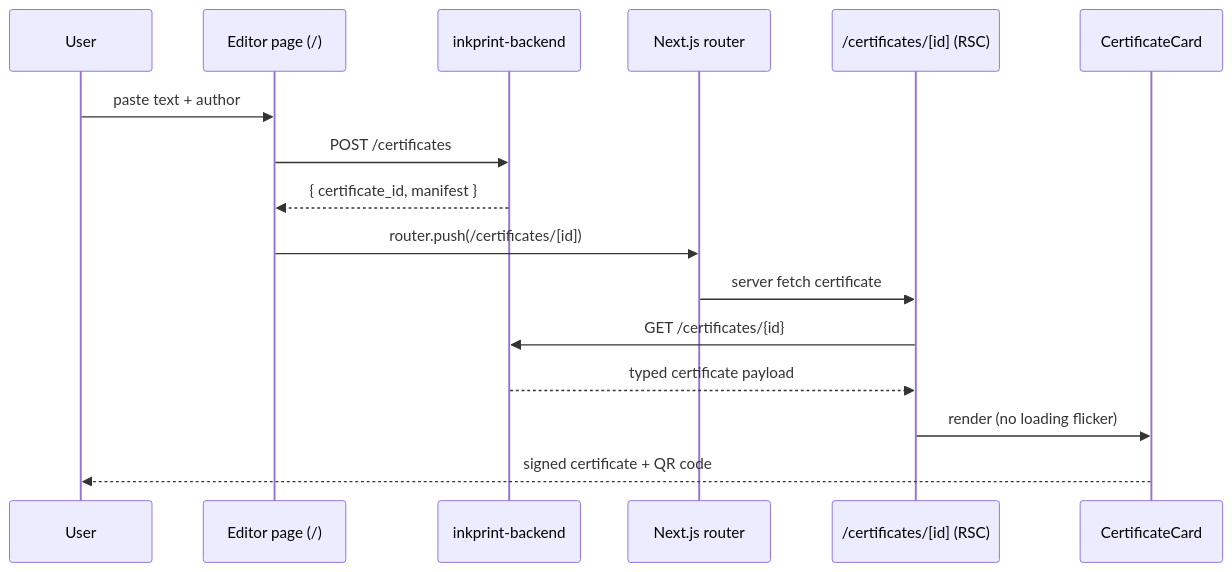
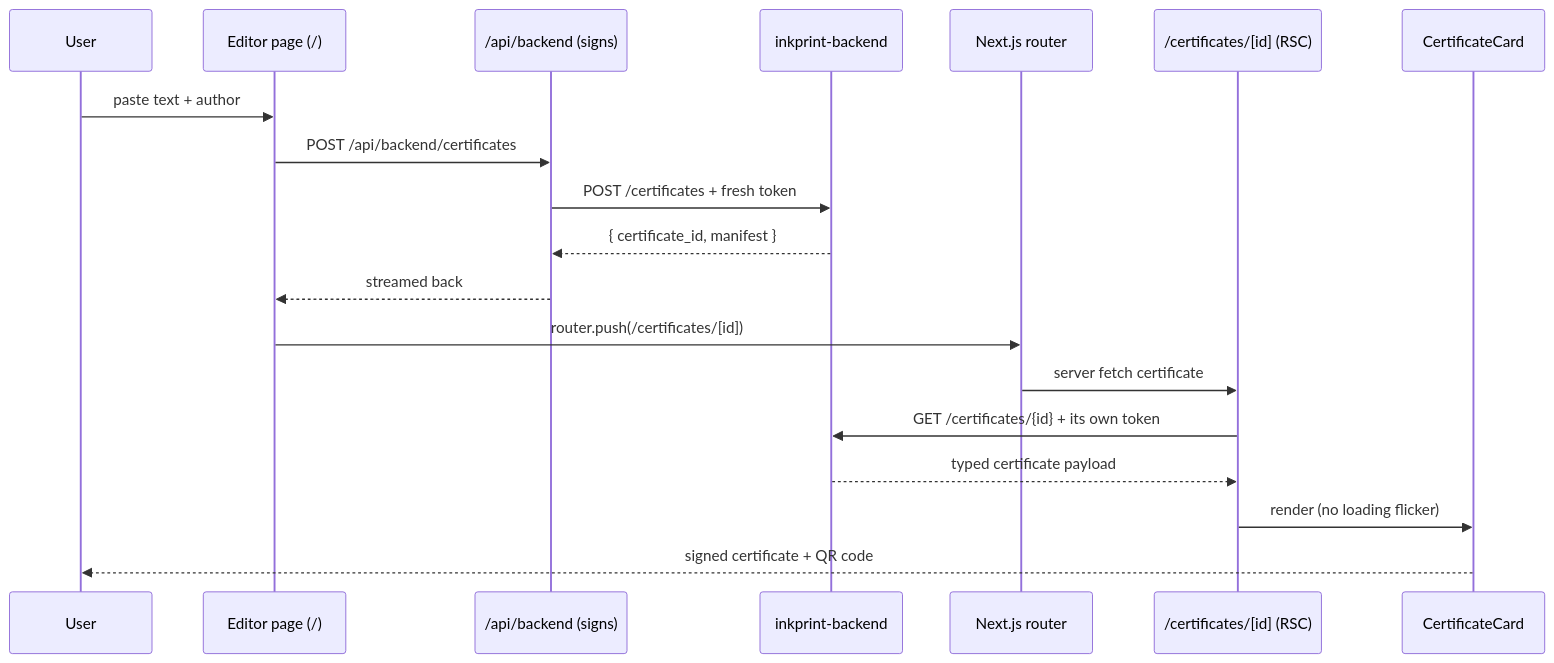
One commit to Abdul-Muizz1310/inkprint-frontend changed the second of 3 diagrams in README.md. Above: the diagram before and after it, drawn with Mermaid. The commit also changed other lines of this file and 34 other files, not shown here.

First line of the commit message:
feat(api): proxy backend calls with a signed contract-v2 token

````diff
--- a/README.md
+++ b/README.md
@@ -74,19 +78,22 @@
 ```mermaid
 sequenceDiagram
     participant User as User
     participant Editor as Editor page (/)
+    participant Proxy as /api/backend (signs)
     participant API as inkprint-backend
     participant Router as Next.js router
     participant RSC as /certificates/[id] (RSC)
     participant Card as CertificateCard
 
     User->>Editor: paste text + author
-    Editor->>API: POST /certificates
-    API-->>Editor: { certificate_id, manifest }
+    Editor->>Proxy: POST /api/backend/certificates
+    Proxy->>API: POST /certificates + fresh token
+    API-->>Proxy: { certificate_id, manifest }
+    Proxy-->>Editor: streamed back
     Editor->>Router: router.push(/certificates/[id])
     Router->>RSC: server fetch certificate
-    RSC->>API: GET /certificates/{id}
+    RSC->>API: GET /certificates/{id} + its own token
     API-->>RSC: typed certificate payload
     RSC->>Card: render (no loading flicker)
     Card-->>User: signed certificate + QR code
 ```
````
